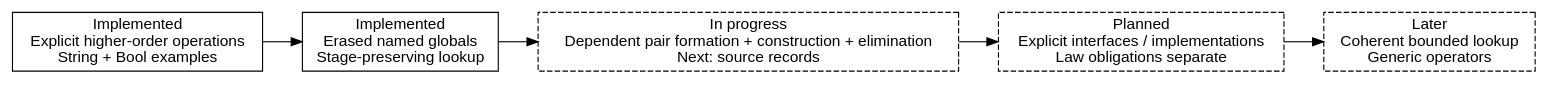
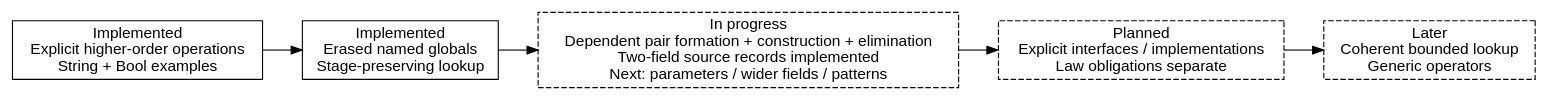
Before and after one commit to odunboye/fibril: the diagram in docs/diagrams/interfaces.dot, drawn with Graphviz. The commit also changed 22 other files, not shown here.

Commit message:
Lower bounded named dependent records into checked constructors and eliminators

```diff
--- a/docs/diagrams/interfaces.dot
+++ b/docs/diagrams/interfaces.dot
@@ -1,10 +1,10 @@
 digraph interfaces {
   rankdir=LR;
   node [shape=box, fontname="sans-serif"];
   operations [label="Implemented\nExplicit higher-order operations\nString + Bool examples"];
   staging [label="Implemented\nErased named globals\nStage-preserving lookup"];
-  records [label="In progress\nDependent pair formation + construction + elimination\nNext: source records", style=dashed];
+  records [label="In progress\nDependent pair formation + construction + elimination\nTwo-field source records implemented\nNext: parameters / wider fields / patterns", style=dashed];
   explicit [label="Planned\nExplicit interfaces / implementations\nLaw obligations separate", style=dashed];
   search [label="Later\nCoherent bounded lookup\nGeneric operators", style=dashed];
   operations -> staging -> records -> explicit -> search;
 }
```
